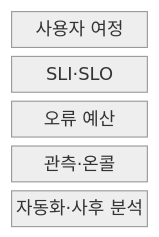
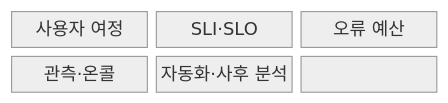
One commit to agnusdei1207/knowledge-base changed the first of 2 diagrams in src/content/docs/notes/08-latest-tech/172_sre.md. Above: the diagram before and after it, drawn with Mermaid (neutral theme). The commit also changed other lines of this file and 228 other files, not shown here.

````diff
--- a/src/content/docs/notes/08-latest-tech/172_sre.md
+++ b/src/content/docs/notes/08-latest-tech/172_sre.md
@@ -53,9 +52,11 @@
 ```mermaid
 block-beta
-  columns 1
-  A["사용자 여정"]
-  B["SLI·SLO"]
-  C["오류 예산"]
-  D["관측·온콜"]
-  E["자동화·사후 분석"]
+  columns 3
+  N0["사용자 여정"]
+  N1["SLI·SLO"]
+  N2["오류 예산"]
+  N3["관측·온콜"]
+  N4["자동화·사후 분석"]
+  N0 --- N1 --- N2
+  N2 --- N3 --- N4
 ```
````
